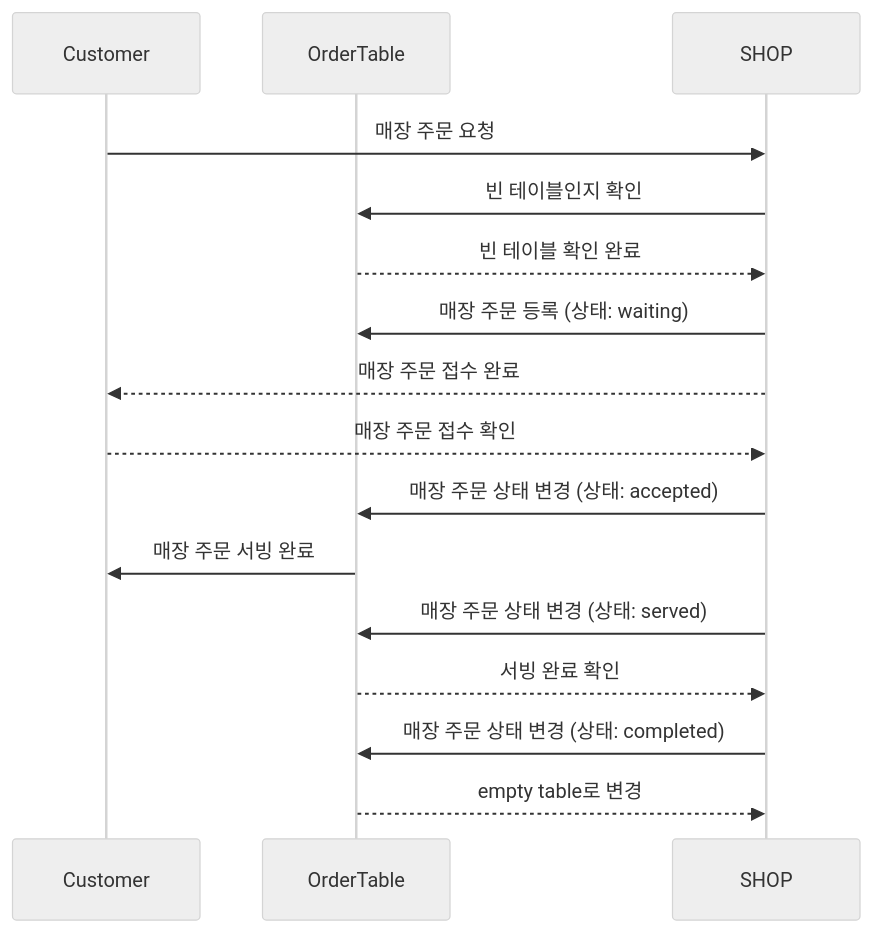
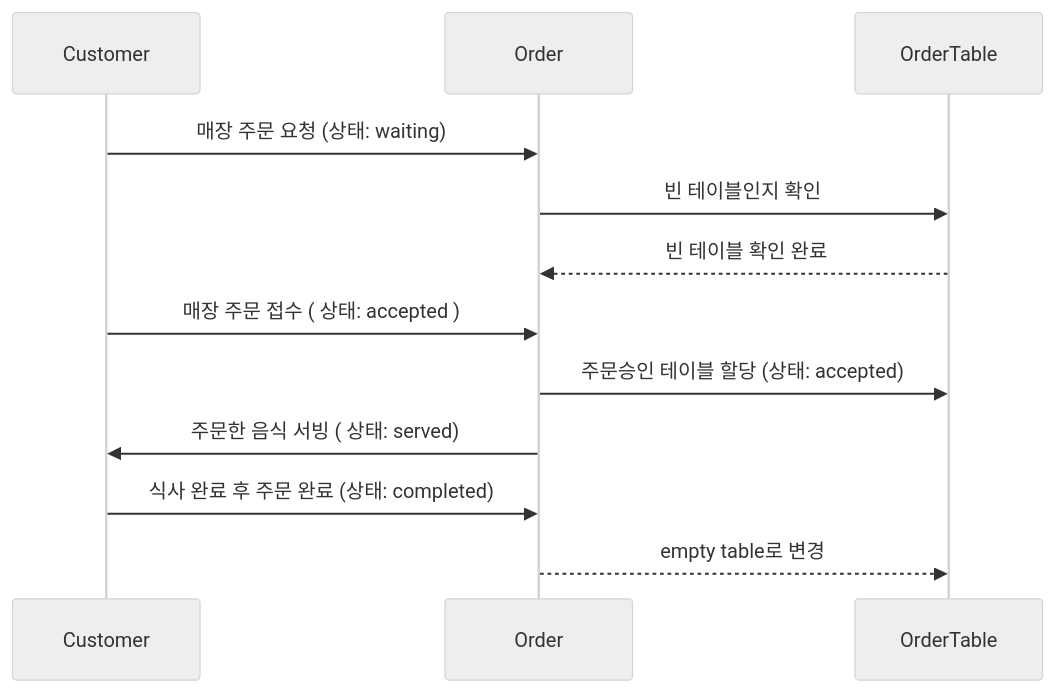
One commit to Whale0928/ddd-strategic-design changed the fifth of 7 diagrams in README.md. Above: the diagram before and after it, drawn with Mermaid (neutral theme). The commit also changed other lines of this file, not shown here.

Commit message:
docs : 주문 테이블 모델링 간략화 / 매장 주문 시퀀스 다이어 그램 간략화

````diff
--- a/README.md
+++ b/README.md
@@ -275,18 +274,14 @@
 ```mermaid
 sequenceDiagram
     participant Customer
+    participant Order
     participant OrderTable
-    participant SHOP
-    Customer ->> SHOP: 매장 주문 요청
-    SHOP ->> OrderTable: 빈 테이블인지 확인
-    OrderTable -->> SHOP: 빈 테이블 확인 완료
-    SHOP ->> OrderTable: 매장 주문 등록 (상태: waiting)
-    SHOP -->> Customer: 매장 주문 접수 완료
-    Customer -->> SHOP: 매장 주문 접수 확인
-    SHOP ->> OrderTable: 매장 주문 상태 변경 (상태: accepted)
-    OrderTable ->> Customer: 매장 주문 서빙 완료
-    SHOP ->> OrderTable: 매장 주문 상태 변경 (상태: served)
-    OrderTable -->> SHOP: 서빙 완료 확인
-    SHOP ->> OrderTable: 매장 주문 상태 변경 (상태: completed)
-    OrderTable -->> SHOP: empty table로 변경
+    Customer ->> Order: 매장 주문 요청 (상태: waiting)
+    Order ->> OrderTable: 빈 테이블인지 확인
+    OrderTable -->> Order: 빈 테이블 확인 완료
+    Customer ->> Order: 매장 주문 접수 ( 상태: accepted )
+    Order ->> OrderTable: 주문승인 테이블 할당 (상태: accepted)
+    Order ->> Customer: 주문한 음식 서빙 ( 상태: served)
+    Customer ->> Order: 식사 완료 후 주문 완료 (상태: completed)
+    Order -->> OrderTable: empty table로 변경
 ```
````
